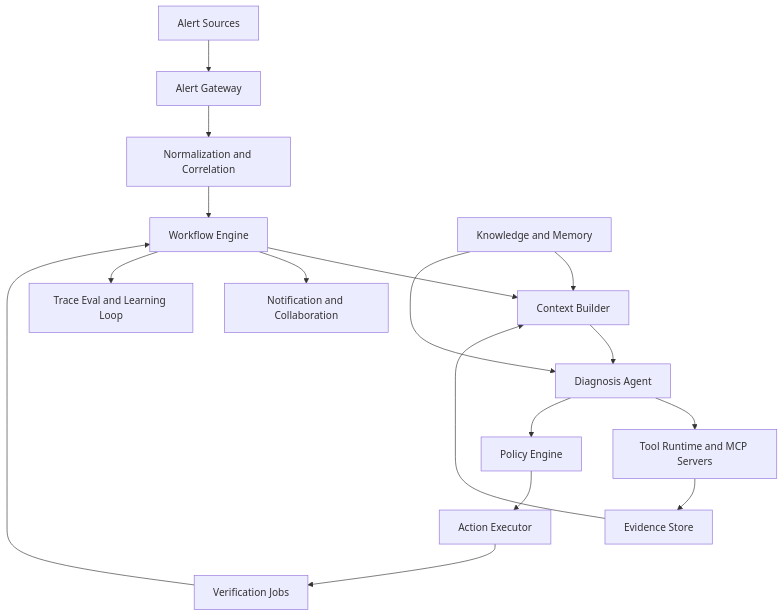
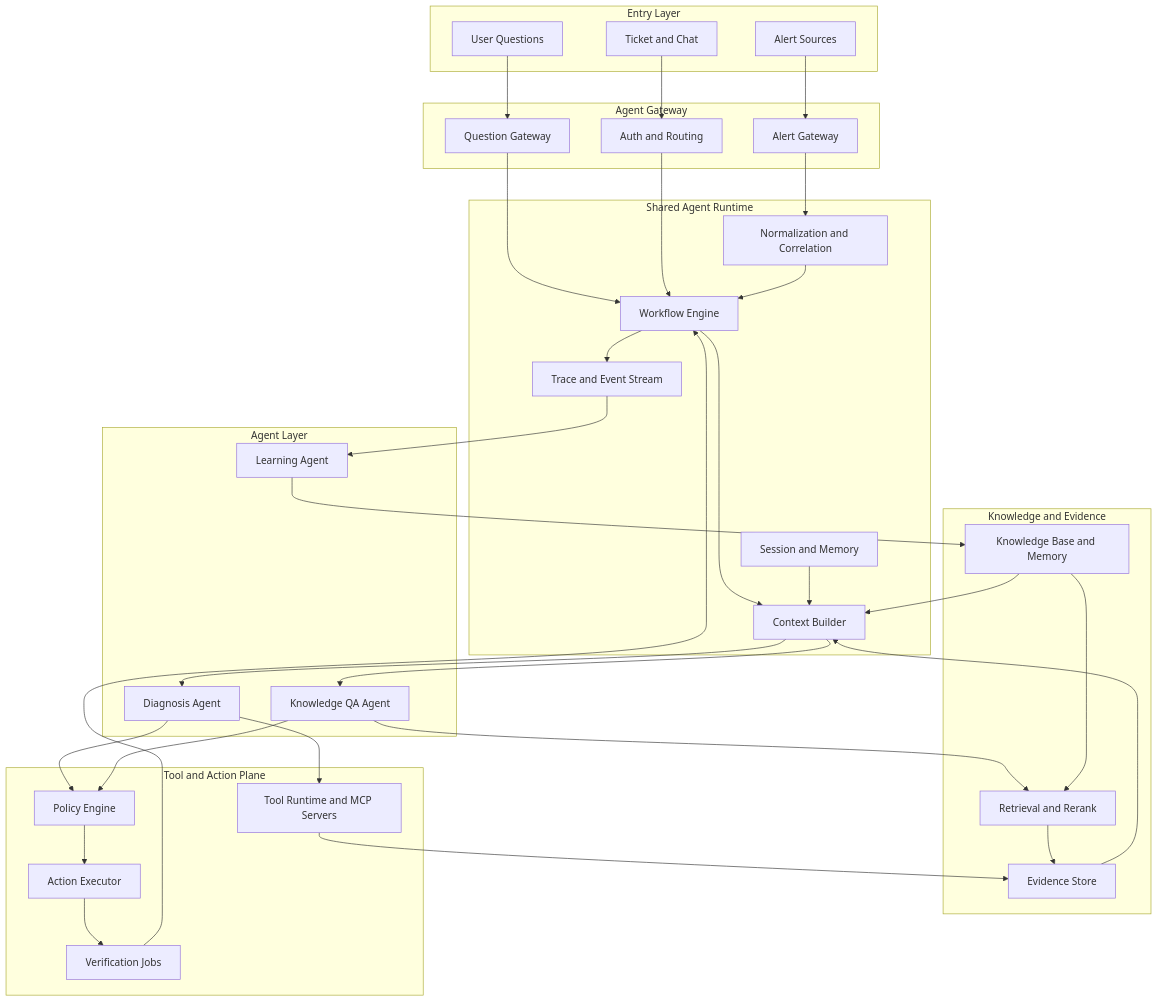
The first of 3 diagrams in books/ai-book/src/part3/06-dod-agent-case-study.md (wxquare/wxquare.github.io), drawn with Mermaid before and after one commit. The commit also changed other lines of this file and 34 other files, not shown here.

````diff
--- a/books/ai-book/src/part3/06-dod-agent-case-study.md
+++ b/books/ai-book/src/part3/06-dod-agent-case-study.md
@@ -134,19 +193,68 @@
 ```mermaid
 flowchart TB
-    A[Alert Sources] --> B[Alert Gateway]
-    B --> C[Normalization and Correlation]
-    C --> D[Workflow Engine]
-    D --> E[Context Builder]
-    E --> F[Diagnosis Agent]
-    F --> G[Tool Runtime and MCP Servers]
-    G --> H[Evidence Store]
+    subgraph Entry["Entry Layer"]
+        A1[Alert Sources]
+        A2[User Questions]
+        A3[Ticket and Chat]
+    end
+
+    subgraph Gateway["Agent Gateway"]
+        B1[Alert Gateway]
+        B2[Question Gateway]
+        B3[Auth and Routing]
+    end
+
+    subgraph Runtime["Shared Agent Runtime"]
+        C[Normalization and Correlation]
+        D[Workflow Engine]
+        E[Context Builder]
+        S[Session and Memory]
+        T[Trace and Event Stream]
+    end
+
+    subgraph Agent["Agent Layer"]
+        F1[Diagnosis Agent]
+        F2[Knowledge QA Agent]
+        F3[Learning Agent]
+    end
+
+    subgraph Knowledge["Knowledge and Evidence"]
+        R[Retrieval and Rerank]
+        H[Evidence Store]
+        N[Knowledge Base and Memory]
+    end
+
+    subgraph Tools["Tool and Action Plane"]
+        G[Tool Runtime and MCP Servers]
+        I[Policy Engine]
+        J[Action Executor]
+        K[Verification Jobs]
+    end
+
+    A1 --> B1
+    A2 --> B2
+    A3 --> B3
+    B1 --> C
+    B2 --> D
+    B3 --> D
+    C --> D
+    D --> E
+    S --> E
+    E --> F1
+    E --> F2
+    F1 --> G
+    F2 --> R
+    R --> H
+    G --> H
     H --> E
-    F --> I[Policy Engine]
-    I --> J[Action Executor]
-    J --> K[Verification Jobs]
+    N --> R
+    N --> E
+    F1 --> I
+    F2 --> I
+    I --> J
+    J --> K
     K --> D
-    D --> L[Notification and Collaboration]
-    D --> M[Trace Eval and Learning Loop]
-    N[Knowledge and Memory] --> E
-    N --> F
+    D --> T
+    F3 --> N
+    T --> F3
 ```
````
